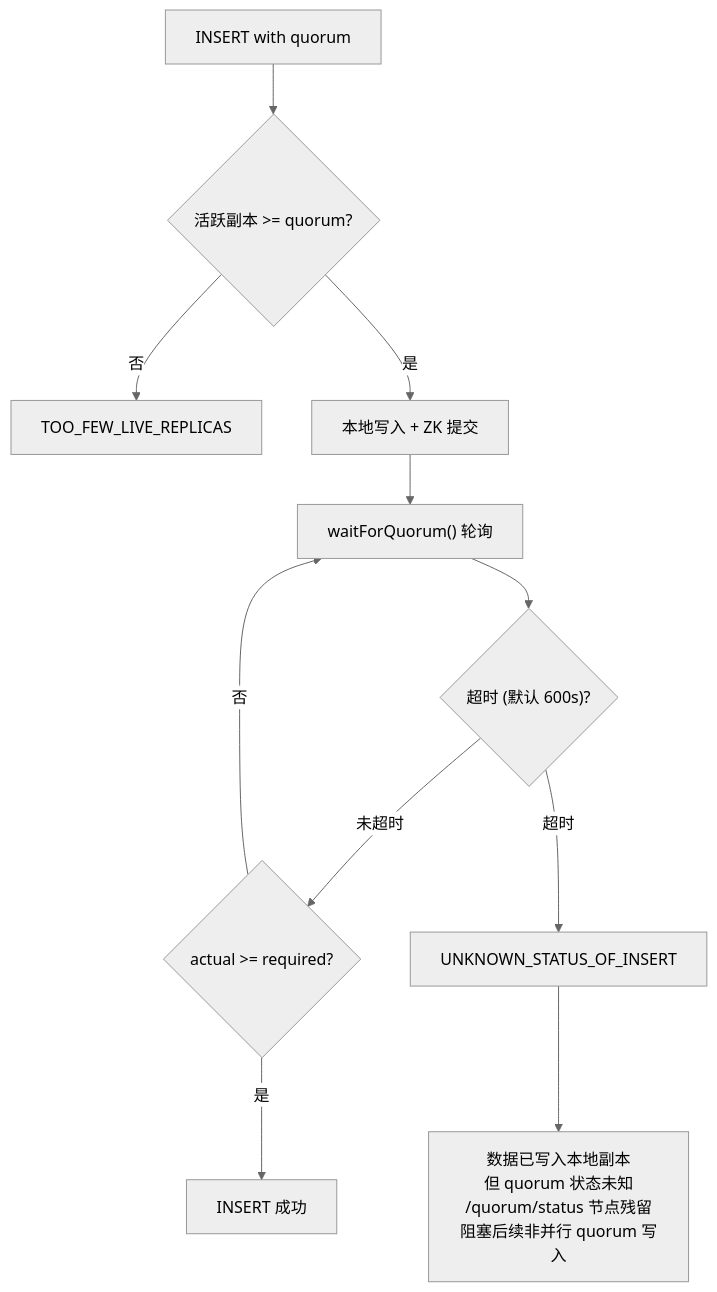
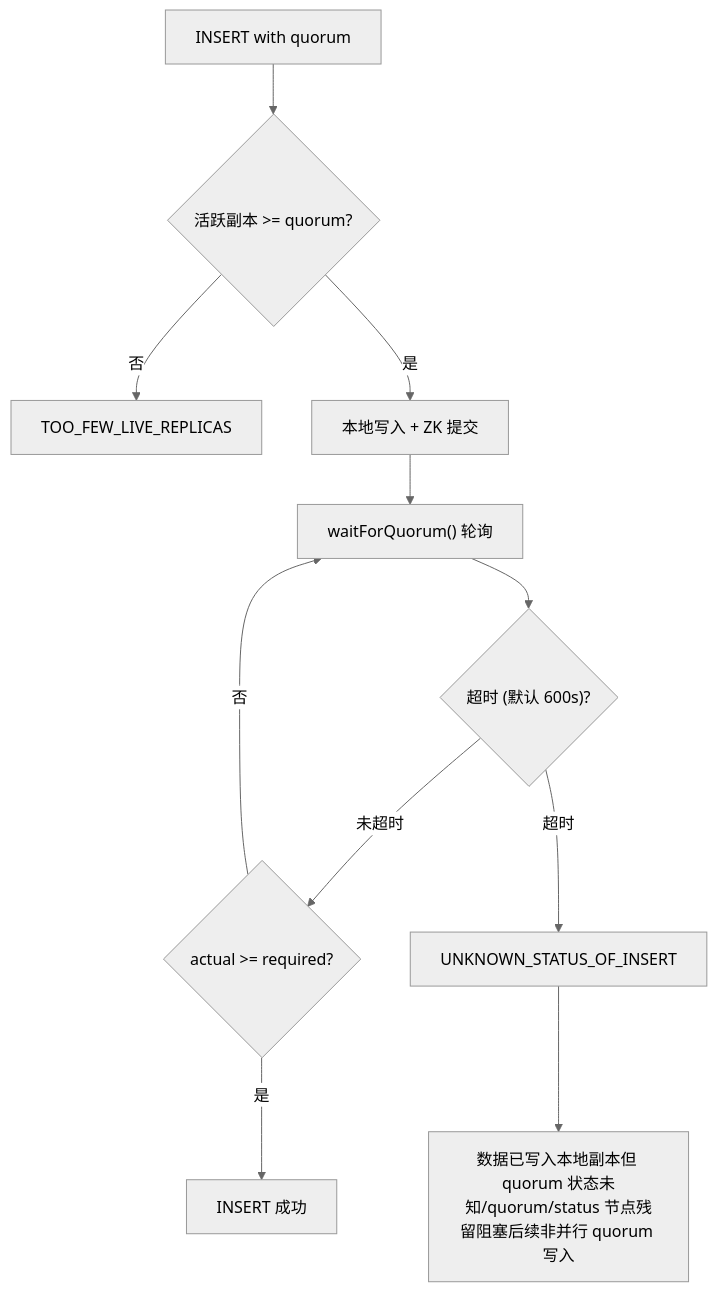
One commit to carlvinhust2012/MyStudy changed the fifth of 14 diagrams in Database/ClickHouse/clickhouse的一致性分析.md. Above: the diagram before and after it, drawn with Mermaid (neutral theme). The commit also changed other lines of this file, not shown here.

````diff
--- a/Database/ClickHouse/clickhouse的一致性分析.md
+++ b/Database/ClickHouse/clickhouse的一致性分析.md
@@ -234,13 +234,13 @@
 ```mermaid
 flowchart TD
     Start["INSERT with quorum"] --> Check{"活跃副本 >= quorum?"}
     Check -->|"否"| Err1["TOO_FEW_LIVE_REPLICAS"]
     Check -->|"是"| Write["本地写入 + ZK 提交"]
     Write --> Wait["waitForQuorum() 轮询"]
     Wait --> Timeout{"超时 (默认 600s)?"}
     Timeout -->|"未超时"| CheckQuorum{"actual >= required?"}
     CheckQuorum -->|"是"| Success["INSERT 成功"]
     CheckQuorum -->|"否"| Wait
     Timeout -->|"超时"| Fail["UNKNOWN_STATUS_OF_INSERT"]
-    Fail --> Note["数据已写入本地副本<br/>但 quorum 状态未知<br/>/quorum/status 节点残留<br/>阻塞后续非并行 quorum 写入"]
+    Fail --> Note["数据已写入本地副本但 quorum 状态未知/quorum/status 节点残留阻塞后续非并行 quorum 写入"]
 ```
````
